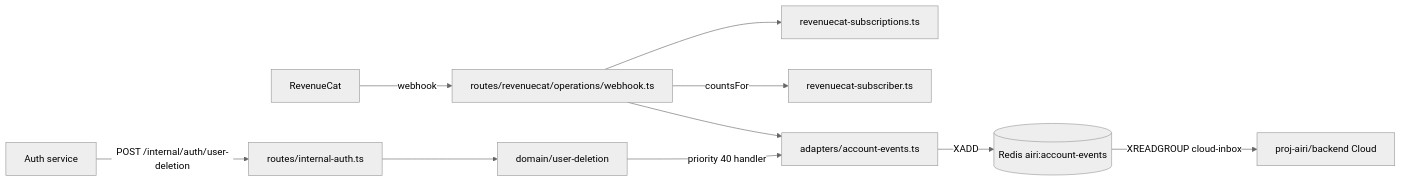
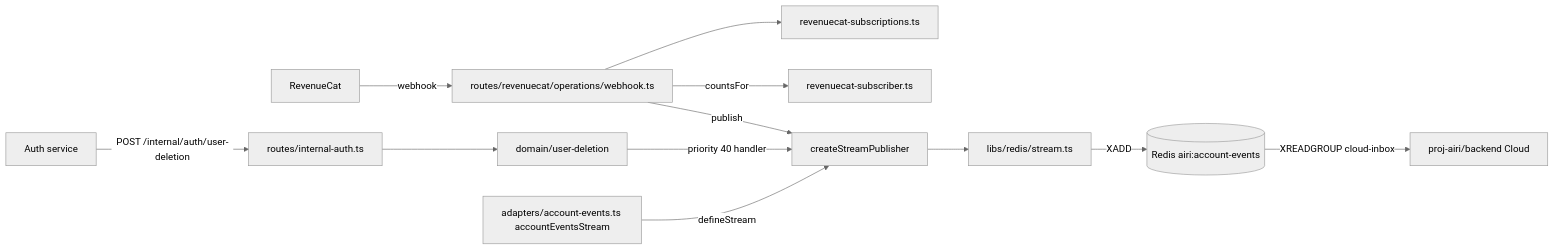
The first of 3 diagrams in server/docs/ai/adr/2026-10-18-account-events-stream.md (moeru-ai/airi), drawn with Mermaid (neutral theme) before and after one commit. The commit also changed other lines of this file and 9 other files, not shown here.

First line of the commit message:
refactor(api): move Redis Streams into shared stream infrastructure

````diff
--- a/server/docs/ai/adr/2026-10-18-account-events-stream.md
+++ b/server/docs/ai/adr/2026-10-18-account-events-stream.md
@@ -78,12 +94,14 @@
 ```mermaid
 flowchart LR
   RC[RevenueCat] -->|webhook| Webhook[routes/revenuecat/operations/webhook.ts]
   Webhook --> Sync[revenuecat-subscriptions.ts]
   Webhook -->|countsFor| Subscriber[revenuecat-subscriber.ts]
-  Webhook --> Publisher[adapters/account-events.ts]
+  Webhook -->|publish| Publisher[createStreamPublisher]
   Auth[Auth service] -->|POST /internal/auth/user-deletion| Internal[routes/internal-auth.ts]
   Internal --> Deletion[domain/user-deletion]
   Deletion -->|priority 40 handler| Publisher
-  Publisher -->|XADD| Redis[(Redis airi:account-events)]
+  Definition[adapters/account-events.ts accountEventsStream] -->|defineStream| Publisher
+  Publisher --> Stream[libs/redis/stream.ts]
+  Stream -->|XADD| Redis[(Redis airi:account-events)]
   Redis -->|XREADGROUP cloud-inbox| Cloud[proj-airi/backend Cloud]
 ```
````
